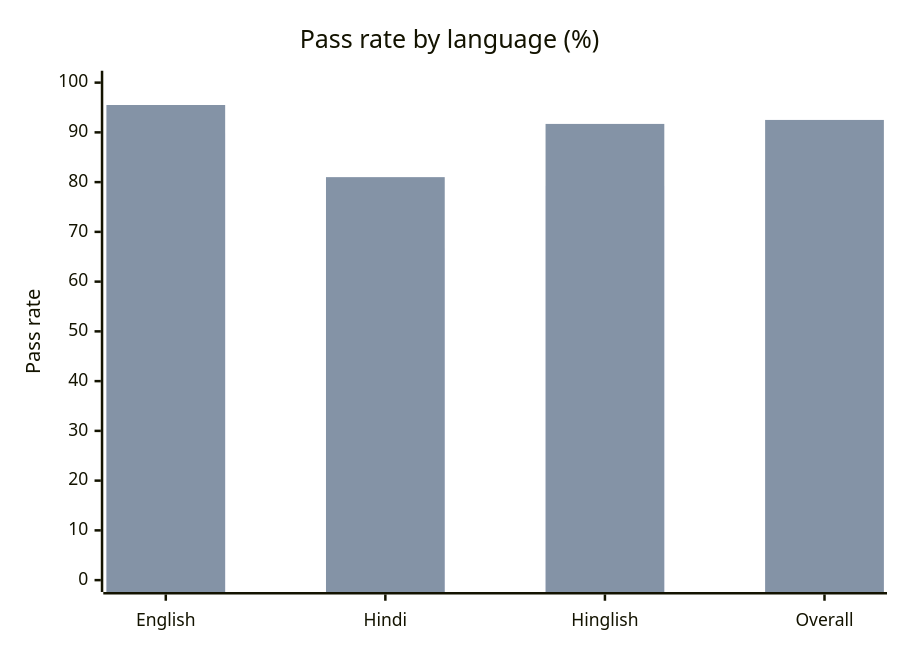
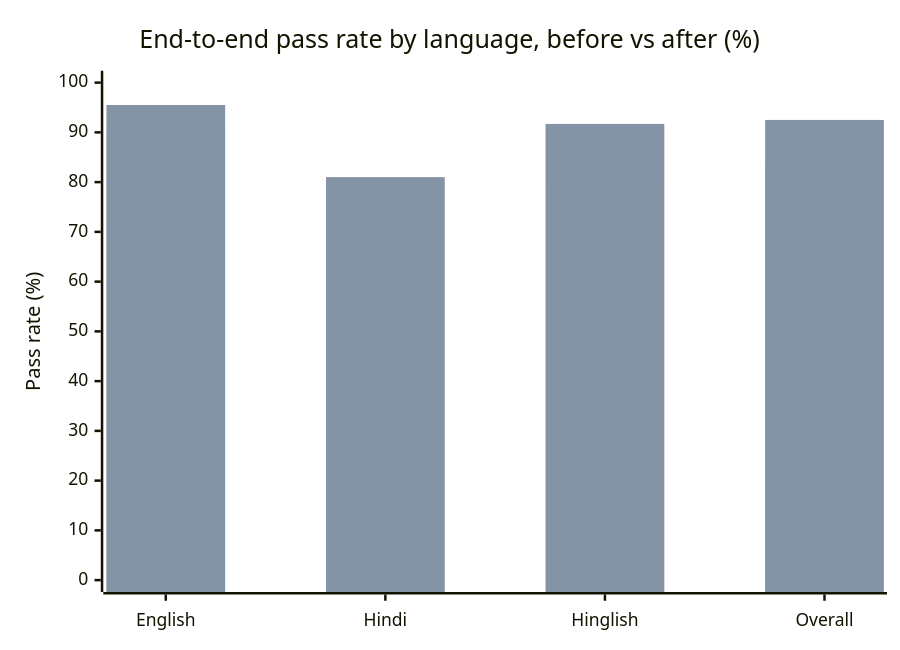
Before and after one commit to Anushka-v24/ecommerce-customer-support-assistant: diagram 12 of 38 in docs/ENHANCEMENT_REPORT.md, drawn with Mermaid. The commit also changed other lines of this file and 5 other files, not shown here.

````diff
--- a/docs/ENHANCEMENT_REPORT.md
+++ b/docs/ENHANCEMENT_REPORT.md
@@ -287,8 +509,8 @@
 ```mermaid
 xychart-beta
-    title "Pass rate by language (%)"
+    title "End-to-end pass rate by language, before vs after (%)"
     x-axis ["English", "Hindi", "Hinglish", "Overall"]
-    y-axis "Pass rate" 0 --> 100
+    y-axis "Pass rate (%)" 0 --> 100
     bar [89.8, 66.7, 79.2, 84.2]
     bar [95.5, 81.0, 91.7, 92.5]
 ```
````
